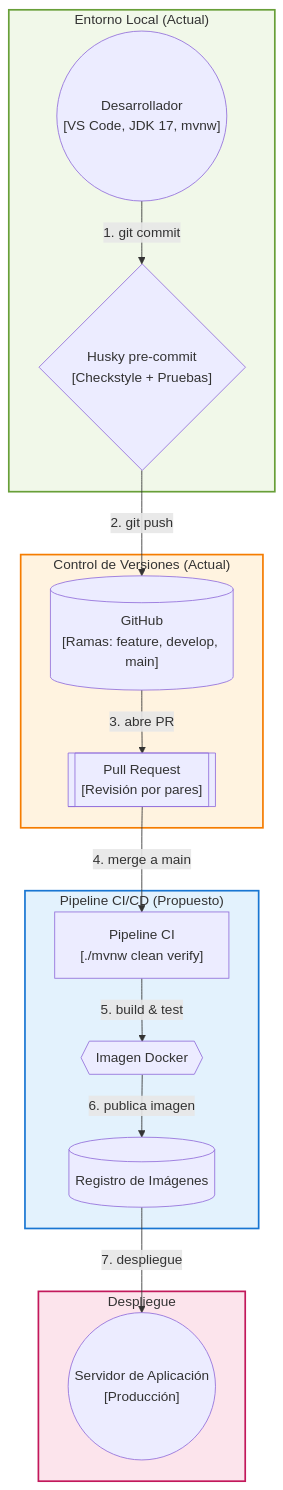
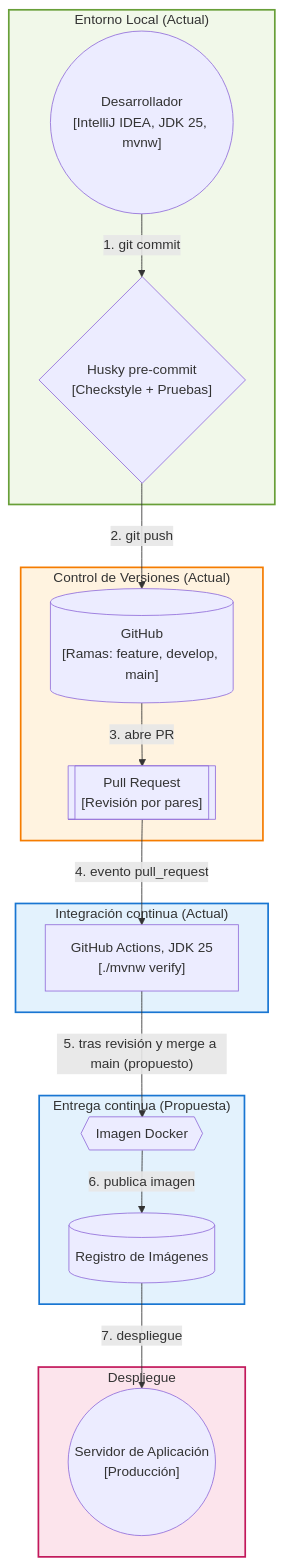
The second of 2 diagrams in docs/diseno/diagrama_de_despliegue.md (Angel-uniajc/AgrovalleConnect), drawn with Mermaid before and after one commit. The commit also changed other lines of this file, not shown here.

````diff
--- a/docs/diseno/diagrama_de_despliegue.md
+++ b/docs/diseno/diagrama_de_despliegue.md
@@ -83,35 +85,39 @@
 ```mermaid
 flowchart TD
     subgraph LOCAL ["Entorno Local (Actual)"]
-        DEV(("Desarrollador\n[VS Code, JDK 17, mvnw]"))
+        DEV(("Desarrollador\n[IntelliJ IDEA, JDK 25, mvnw]"))
         HUSKY{"Husky pre-commit\n[Checkstyle + Pruebas]"}
     end
 
     subgraph VCS ["Control de Versiones (Actual)"]
         GH[("GitHub\n[Ramas: feature, develop, main]")]
         PR[["Pull Request\n[Revisión por pares]"]]
     end
 
-    subgraph CICD ["Pipeline CI/CD (Propuesto)"]
-        CI["Pipeline CI\n[./mvnw clean verify]"]
+    subgraph CI_ACTUAL ["Integración continua (Actual)"]
+        CI["GitHub Actions, JDK 25\n[./mvnw verify]"]
+    end
+
+    subgraph CICD ["Entrega continua (Propuesta)"]
         IMG{{"Imagen Docker"}}
         REG[("Registro de Imágenes")]
     end
 
     subgraph PROD ["Despliegue"]
         SERVER(("Servidor de Aplicación\n[Producción]"))
     end
 
     DEV -->|"1. git commit"| HUSKY
     HUSKY -->|"2. git push"| GH
     GH -->|"3. abre PR"| PR
-    PR -->|"4. merge a main"| CI
-    CI -->|"5. build & test"| IMG
+    PR -->|"4. evento pull_request"| CI
+    CI -->|"5. tras revisión y merge a main (propuesto)"| IMG
     IMG -->|"6. publica imagen"| REG
     REG -->|"7. despliegue"| SERVER
     
     style LOCAL fill:#f1f8e9,stroke:#689f38,stroke-width:2px
     style VCS fill:#fff3e0,stroke:#f57c00,stroke-width:2px
     style CICD fill:#e3f2fd,stroke:#1976d2,stroke-width:2px
+    style CI_ACTUAL fill:#e3f2fd,stroke:#1976d2,stroke-width:2px
     style PROD fill:#fce4ec,stroke:#c2185b,stroke-width:2px
 ```
````
